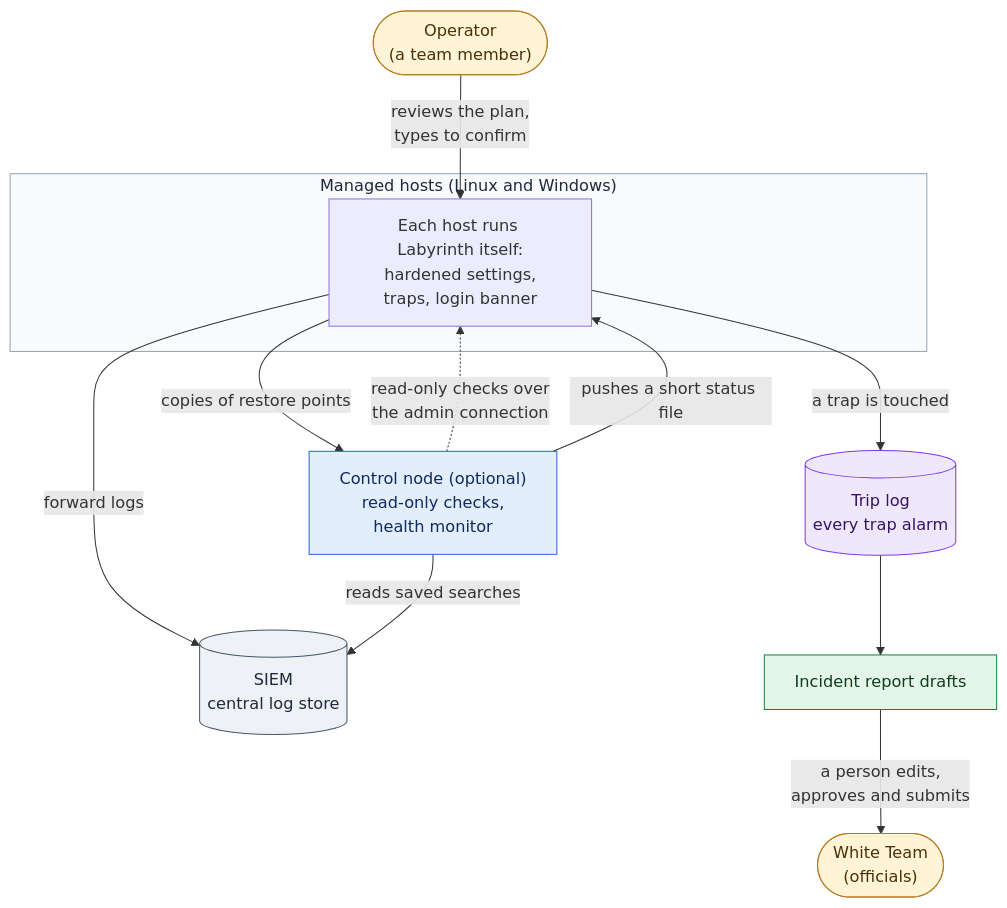
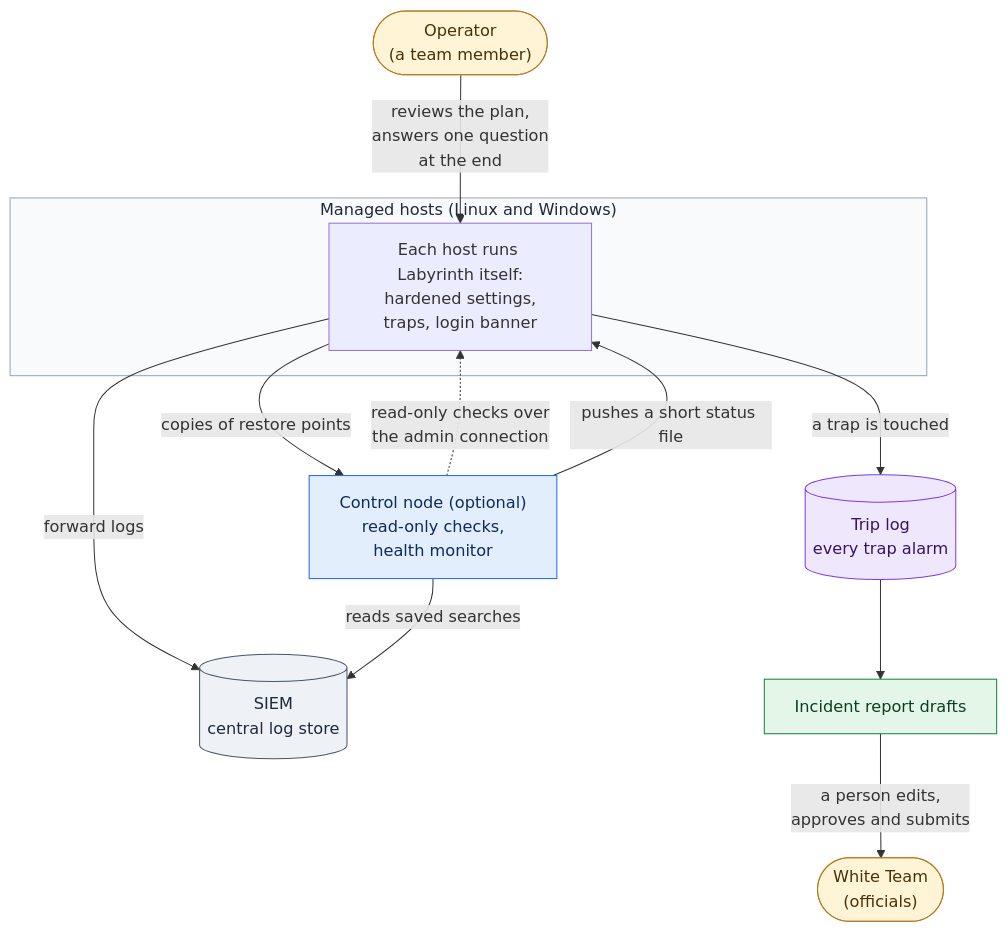
The second of 3 diagrams in docs/Overview.md (dotnetdork/Labyrinth), drawn with Mermaid before and after one commit. The commit also changed other lines of this file and 27 other files, not shown here.

````diff
--- a/docs/Overview.md
+++ b/docs/Overview.md
@@ -82,32 +84,32 @@
 ```mermaid
 flowchart TD
     OP(["Operator<br/>(a team member)"])
     subgraph hosts["Managed hosts (Linux and Windows)"]
         H["Each host runs Labyrinth itself:<br/>hardened settings,<br/>traps, login banner"]
     end
     CN["Control node (optional)<br/>read-only checks,<br/>health monitor"]
     SIEM[("SIEM<br/>central log store")]
     TL[("Trip log<br/>every trap alarm")]
     REP["Incident report drafts"]
     WT(["White Team<br/>(officials)"])
-    OP -->|"reviews the plan,<br/>types to confirm"| H
+    OP -->|"reviews the plan,<br/>answers one question<br/>at the end"| H
     CN -.->|"read-only checks over<br/>the admin connection"| H
     H -->|"forward logs"| SIEM
     H -->|"a trap is touched"| TL
     TL --> REP
     CN -->|"reads saved searches"| SIEM
     CN -->|"pushes a short status file"| H
     H -->|"copies of restore points"| CN
     REP -->|"a person edits,<br/>approves and submits"| WT
     classDef human fill:#fff4d6,stroke:#b7791f,color:#4a3108
     classDef store fill:#eef1f5,stroke:#475569,color:#1e293b
     classDef observe fill:#e3eefc,stroke:#2563eb,color:#0f2a5c
     classDef deceive fill:#efe7fb,stroke:#7c3aed,color:#351465
     classDef sustain fill:#e3f6e8,stroke:#15803d,color:#0f3d20
     class OP,WT human
     class SIEM store
     class CN observe
     class TL deceive
     class REP sustain
     style hosts fill:#f8fafc,stroke:#94a3b8,color:#1e293b
 ```
````
